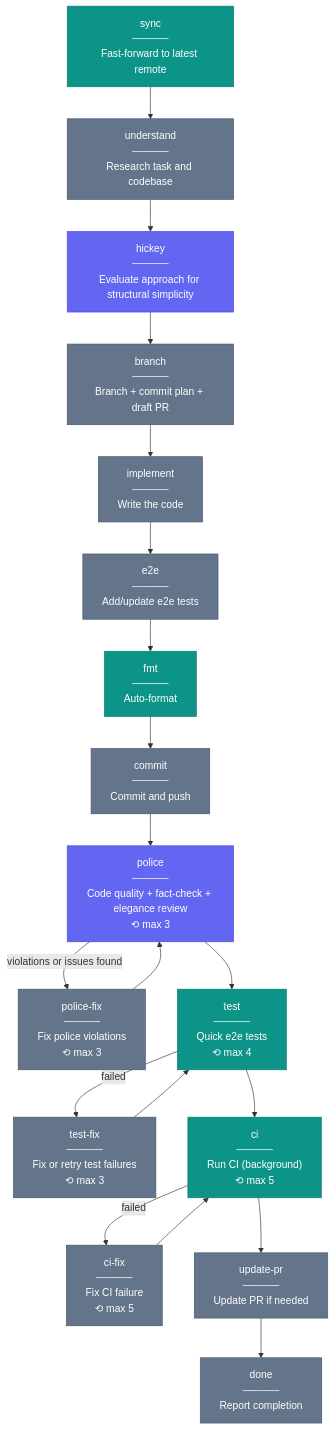
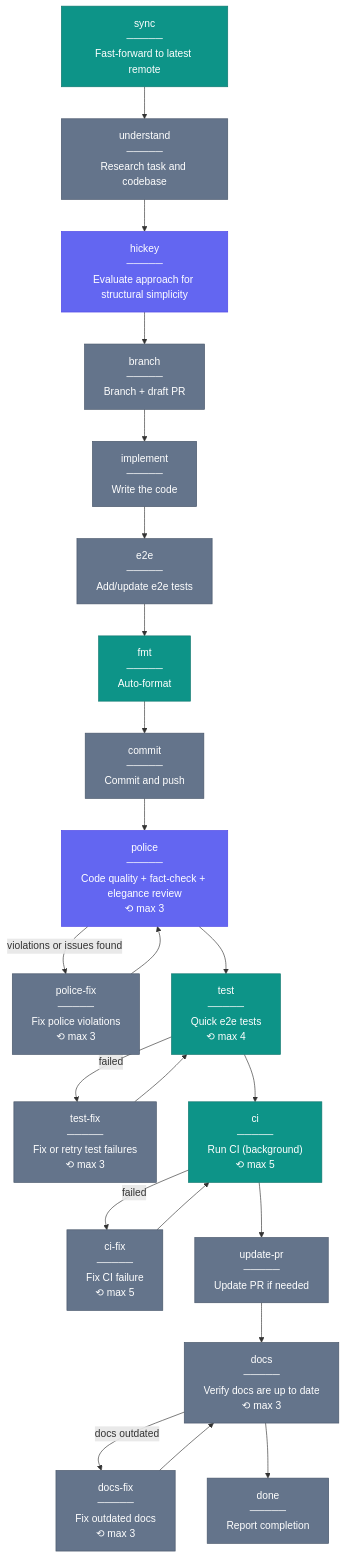
Before and after one commit to juspay/kolu: the diagram in .claude/workflows/README.md, drawn with Mermaid. The commit also changed 2 other files, not shown here.

Commit message:
Add docs-verification node to workflow DAG (#287)
The `/workflow do` DAG runs end-to-end but never checks whether
documentation still matches the code after structural changes. PR #286
(tmux shim) shipped new server modules without updating the README
architecture section — exactly the kind of drift CLAUDE.md warns about.

This adds a `docs` check-then-fix loop between `update-pr` and `done`,
mirroring the existing police/police-fix and ci/ci-fix patterns. The
node reads README.md's Architecture section, compares against `git diff
master...HEAD`, and updates any stale sections before completing.

Also strengthens `workflow.md` with a "never stop between nodes" rule to
prevent the orchestrator from pausing after skill nodes return.

- [x] sync
- [x] understand
- [x] hickey
- [x] branch
- [x] implement
- [x] e2e
- [x] fmt
- [x] commit
- [x] police
- [x] test
- [ ] ci
- [x] update-pr
- [x] docs
- [ ] done

````diff
--- a/.claude/workflows/README.md
+++ b/.claude/workflows/README.md
@@ -52,45 +52,50 @@
 ```mermaid
 flowchart TD
   sync["sync\n─────\nFast-forward to latest remote"]
   understand["understand\n─────\nResearch task and codebase"]
   hickey["hickey\n─────\nEvaluate approach for structural simplicity"]
-  branch["branch\n─────\nBranch + commit plan + draft PR"]
+  branch["branch\n─────\nBranch + draft PR"]
   implement["implement\n─────\nWrite the code"]
   e2e["e2e\n─────\nAdd/update e2e tests"]
   fmt["fmt\n─────\nAuto-format"]
   commit["commit\n─────\nCommit and push"]
   police["police\n─────\nCode quality + fact-check + elegance review\n⟲ max 3"]
   police-fix["police-fix\n─────\nFix police violations\n⟲ max 3"]
   test["test\n─────\nQuick e2e tests\n⟲ max 4"]
   test-fix["test-fix\n─────\nFix or retry test failures\n⟲ max 3"]
   ci["ci\n─────\nRun CI (background)\n⟲ max 5"]
   ci-fix["ci-fix\n─────\nFix CI failure\n⟲ max 5"]
   update-pr["update-pr\n─────\nUpdate PR if needed"]
+  docs["docs\n─────\nVerify docs are up to date\n⟲ max 3"]
+  docs-fix["docs-fix\n─────\nFix outdated docs\n⟲ max 3"]
   done["done\n─────\nReport completion"]
 
   sync --> understand
   understand --> hickey
   hickey --> branch
   branch --> implement
   implement --> e2e
   e2e --> fmt
   fmt --> commit
   commit --> police
   police -->|"violations or issues found"| police-fix
   police --> test
   police-fix --> police
   test -->|"failed"| test-fix
   test --> ci
   test-fix --> test
   ci -->|"failed"| ci-fix
   ci --> update-pr
   ci-fix --> ci
-  update-pr --> done
+  update-pr --> docs
+  docs -->|"docs outdated"| docs-fix
+  docs --> done
+  docs-fix --> docs
 
   classDef skill fill:#6366f1,stroke:#4f46e5,color:#fff
   classDef run fill:#0d9488,stroke:#0f766e,color:#fff
   classDef prompt fill:#64748b,stroke:#475569,color:#fff
   class hickey,police skill
   class sync,fmt,test,ci run
-  class understand,branch,implement,e2e,commit,police-fix,test-fix,ci-fix,update-pr,done prompt
+  class understand,branch,implement,e2e,commit,police-fix,test-fix,ci-fix,update-pr,docs,docs-fix,done prompt
 ```
````
